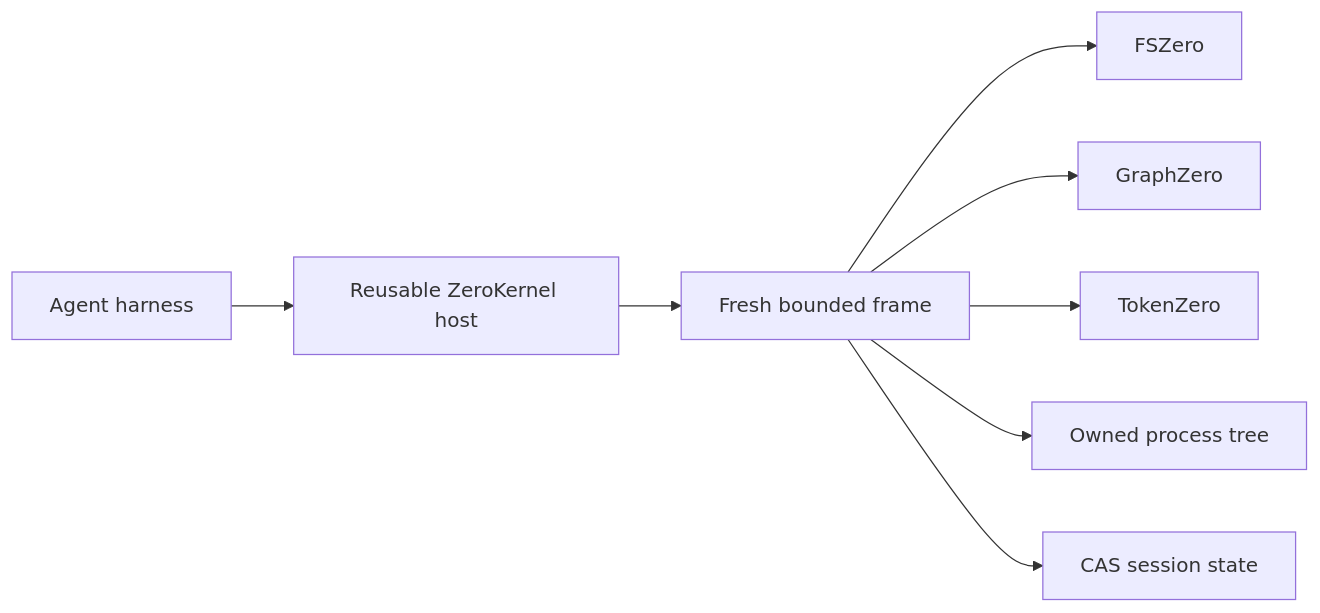
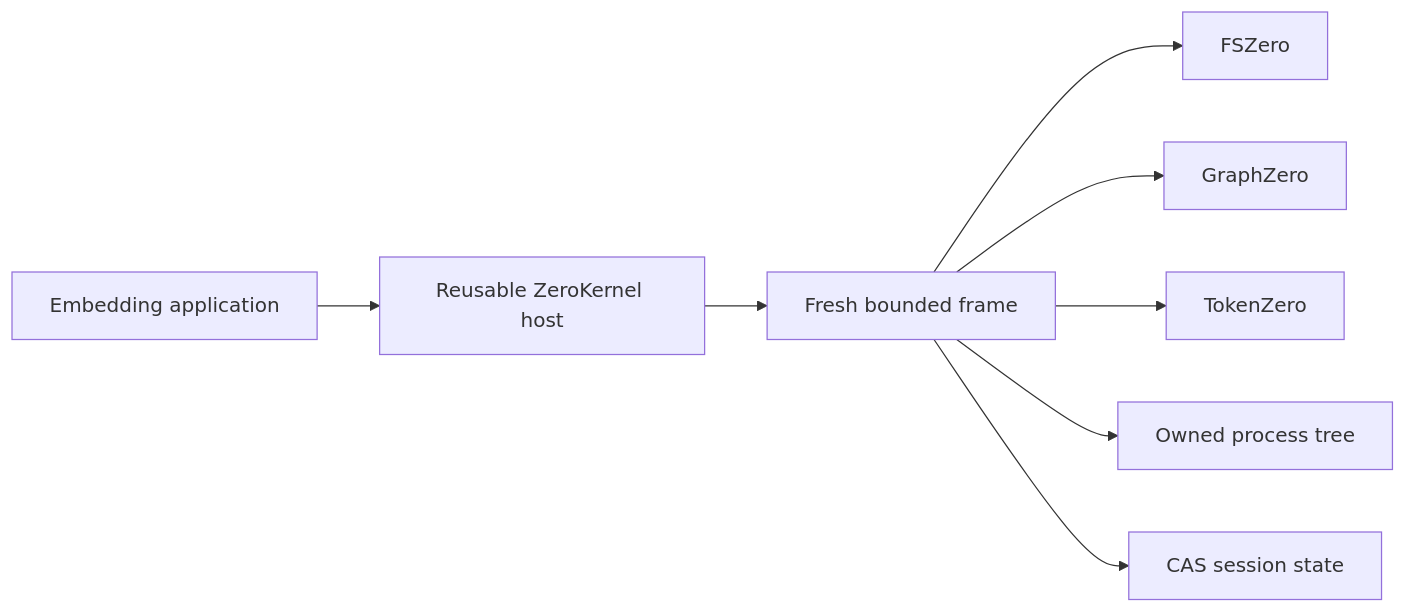
The diagram in docs/architecture.md (AdityaVG13/zerostack), drawn with Mermaid before and after one commit. The commit also changed other lines of this file, not shown here.

Commit message:
docs: enforce harness-independent development

````diff
--- a/docs/architecture.md
+++ b/docs/architecture.md
@@ -20,10 +40,10 @@
 ```mermaid
 graph LR
-  H[Agent harness] --> K[Reusable ZeroKernel host]
+  H[Embedding application] --> K[Reusable ZeroKernel host]
   K --> F[Fresh bounded frame]
   F --> FS[FSZero]
   F --> G[GraphZero]
   F --> T[TokenZero]
   F --> P[Owned process tree]
   F --> S[CAS session state]
 ```
````
